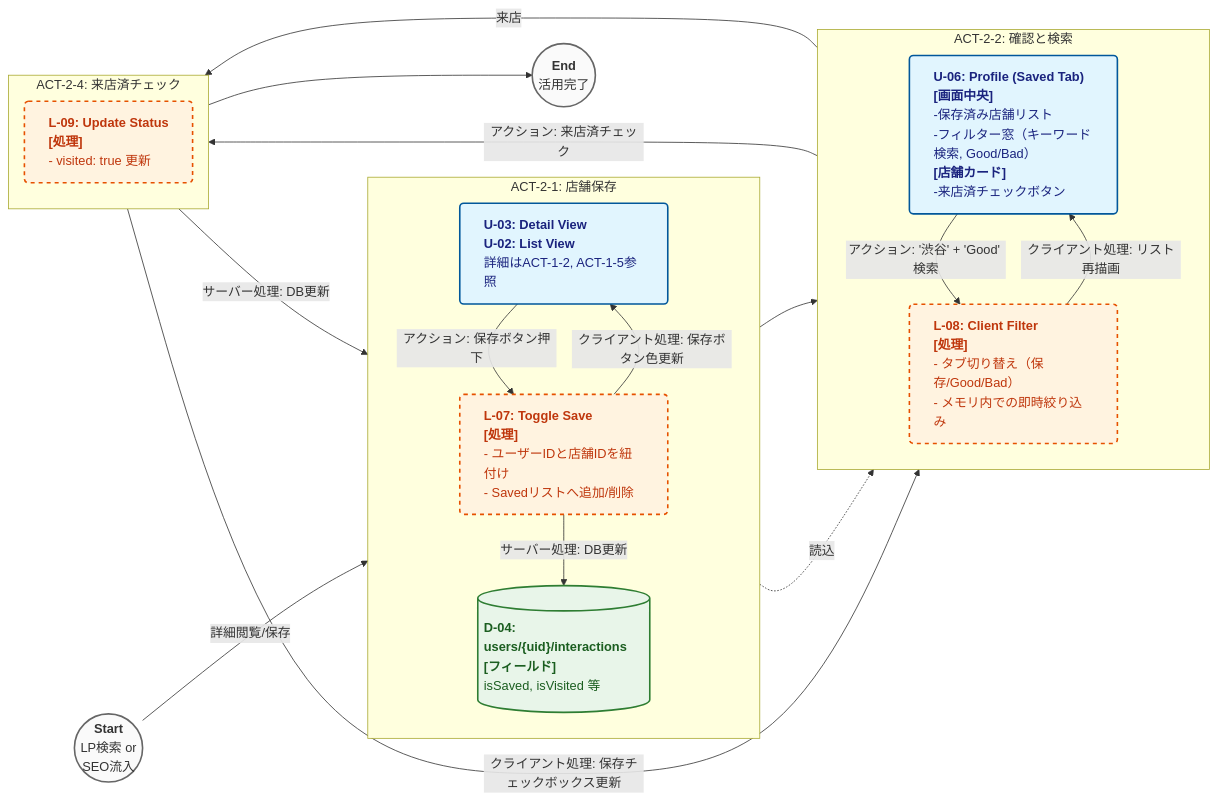
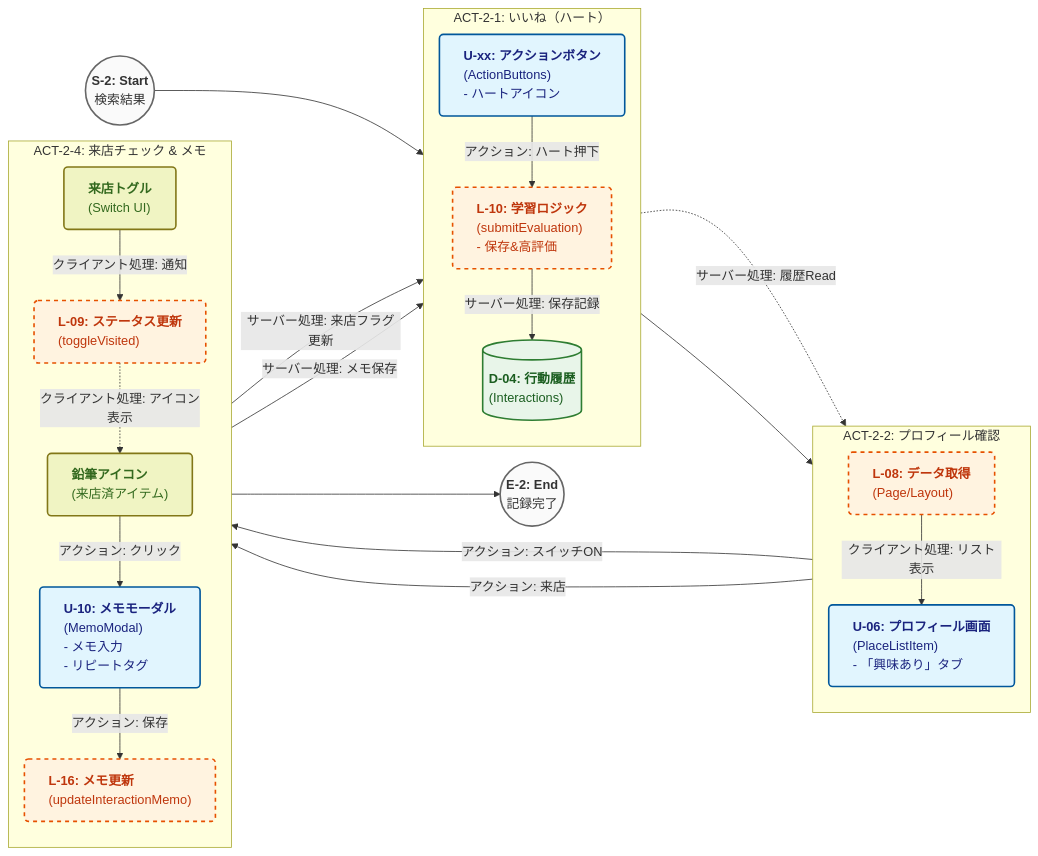
The second of 7 diagrams in docs/仕様書v2.md (plplbody/googlemap-reviews-AIanalyzer), drawn with Mermaid before and after one commit. The commit also changed other lines of this file and 17 other files, not shown here.

````diff
--- a/docs/仕様書v2.md
+++ b/docs/仕様書v2.md
@@ -339,50 +345,57 @@
 ```mermaid
 %%{init: {'flowchart': {'useMaxWidth': false, 'rankSpacing': 40, 'nodeSpacing': 20}}}%%
 flowchart LR
     %% Definitions
     classDef ui fill:#e1f5fe,stroke:#01579b,stroke-width:2px,rx:5,ry:5,color:#1a237e,text-align:left
     classDef comp fill:#f0f4c3,stroke:#827717,stroke-width:2px,rx:5,ry:5,color:#33691e,text-align:left
     classDef logic fill:#fff3e0,stroke:#e65100,stroke-width:2px,stroke-dasharray: 5 5,rx:5,ry:5,color:#bf360c,text-align:left
-    classDef ai fill:#f3e5f5,stroke:#4a148c,stroke-width:2px,rx:5,ry:5,color:#4a148c,text-align:left
     classDef db fill:#e8f5e9,stroke:#2e7d32,stroke-width:2px,rx:0,ry:0,color:#1b5e20,text-align:left
     classDef startend fill:#fafafa,stroke:#666,stroke-width:2px,rx:20,ry:20,color:#333
 
     %% Start/End
-    S2_Start(("<b>Start</b><br/>LP検索 or<br/>SEO流入")):::startend
-    S2_End(("<b>End</b><br/>活用完了")):::startend
+    S2_Start(("<b>S-2: Start</b><br/>検索結果")):::startend
+    S2_End(("<b>E-2: End</b><br/>記録完了")):::startend
 
-    subgraph ACT_2_1 ["ACT-2-1: 店舗保存"]
+    subgraph ACT_2_1 ["ACT-2-1: いいね（ハート）"]
         direction TB
-        U_02_S2["<b>U-03: Detail View</b><br/><b>U-02: List View</b><br/>詳細はACT-1-2, ACT-1-5参照"]:::ui
-        L_07["<b>L-07: Toggle Save</b><br/><b>[処理]</b><br/>- ユーザーIDと店舗IDを紐付け<br/>- Savedリストへ追加/削除"]:::logic
-        D_04_S2[("<b>D-04: users/{uid}/interactions</b><br/><b>[フィールド]</b><br/>isSaved, isVisited 等")]:::db
+        U_Action["<b>U-xx: アクションボタン</b><br/>(ActionButtons)<br/>- ハートアイコン"]:::ui
+        L_Eval["<b>L-10: 学習ロジック</b><br/>(submitEvaluation)<br/>- 保存&高評価"]:::logic
+        D_04_S2[("<b>D-04: 行動履歴</b><br/>(Interactions)")]:::db
         
-        U_02_S2 -- "アクション: 保存ボタン押下" --> L_07
-        L_07 -- "サーバー処理: DB更新" --> D_04_S2
-        L_07 -- "クライアント処理: 保存ボタン色更新" --> U_02_S2
+        U_Action -- "アクション: ハート押下" --> L_Eval
+        L_Eval -- "サーバー処理: 保存記録" --> D_04_S2
     end
 
-    subgraph ACT_2_2 ["ACT-2-2: 確認と検索"]
+    subgraph ACT_2_2 ["ACT-2-2: プロフィール確認"]
         direction TB
-        U_06["<b>U-06: Profile (Saved Tab)</b><br/><b>[画面中央]</b><br/>-保存済み店舗リスト<br/>-フィルター窓（キーワード検索, Good/Bad）<br/><b>[店舗カード]</b><br/>-来店済チェックボタン"]:::ui
-        L_08["<b>L-08: Client Filter</b><br/><b>[処理]</b><br/>- タブ切り替え（保存/Good/Bad）<br/>- メモリ内での即時絞り込み"]:::logic
+        U_Profile["<b>U-06: プロフィール画面</b><br/>(PlaceListItem)<br/>- 「興味あり」タブ"]:::ui
+        L_Fetch["<b>L-08: データ取得</b><br/>(Page/Layout)"]:::logic
         
-        D_04_S2 -. "読込" .-> U_06
-        U_06 -- "アクション: '渋谷' + 'Good' 検索" --> L_08
-        L_08 -- "クライアント処理: リスト再描画" --> U_06
+        D_04_S2 -. "サーバー処理: 履歴Read" .-> L_Fetch
+        L_Fetch -- "クライアント処理: リスト表示" --> U_Profile
     end
 
-    subgraph ACT_2_4 ["ACT-2-4: 来店済チェック"]
+    subgraph ACT_2_4 ["ACT-2-4: 来店チェック & メモ"]
         direction TB
-        L_09["<b>L-09: Update Status</b><br/><b>[処理]</b><br/>- visited: true 更新"]:::logic
+        C_Toggle["<b>来店トグル</b><br/>(Switch UI)"]:::comp
+        C_Pencil["<b>鉛筆アイコン</b><br/>(来店済アイテム)"]:::comp
+        U_Memo["<b>U-10: メモモーダル</b><br/>(MemoModal)<br/>- メモ入力<br/>- リピートタグ"]:::ui
         
-        U_06 -- "アクション: 来店済チェック" --> L_09
-        L_09 -- "クライアント処理: 保存チェックボックス更新" --> U_06
-        L_09 -- "サーバー処理: DB更新" --> D_04_S2
+        L_Status["<b>L-09: ステータス更新</b><br/>(toggleVisited)"]:::logic
+        L_Memo["<b>L-16: メモ更新</b><br/>(updateInteractionMemo)"]:::logic
+        
+        U_Profile -- "アクション: スイッチON" --> C_Toggle
+        C_Toggle -- "クライアント処理: 通知" --> L_Status
+        L_Status -- "サーバー処理: 来店フラグ更新" --> D_04_S2
+        
+        L_Status -. "クライアント処理: アイコン表示" .-> C_Pencil
+        C_Pencil -- "アクション: クリック" --> U_Memo
+        U_Memo -- "アクション: 保存" --> L_Memo
+        L_Memo -- "サーバー処理: メモ保存" --> D_04_S2
     end
 
-    S2_Start -- "詳細閲覧/保存" --> ACT_2_1
+    S2_Start --> ACT_2_1
     ACT_2_1 --> ACT_2_2
-    ACT_2_2 -- "来店" --> ACT_2_4
+    ACT_2_2 -- "アクション: 来店" --> ACT_2_4
     ACT_2_4 --> S2_End
 ```
````
